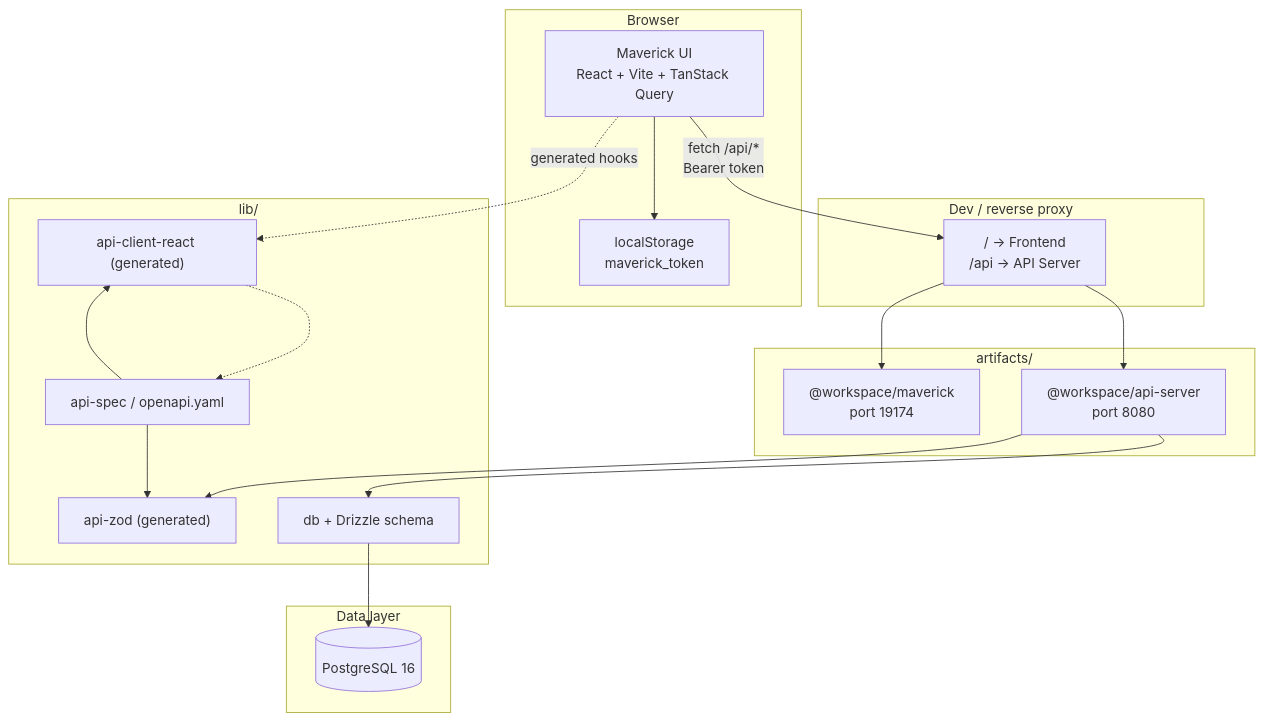
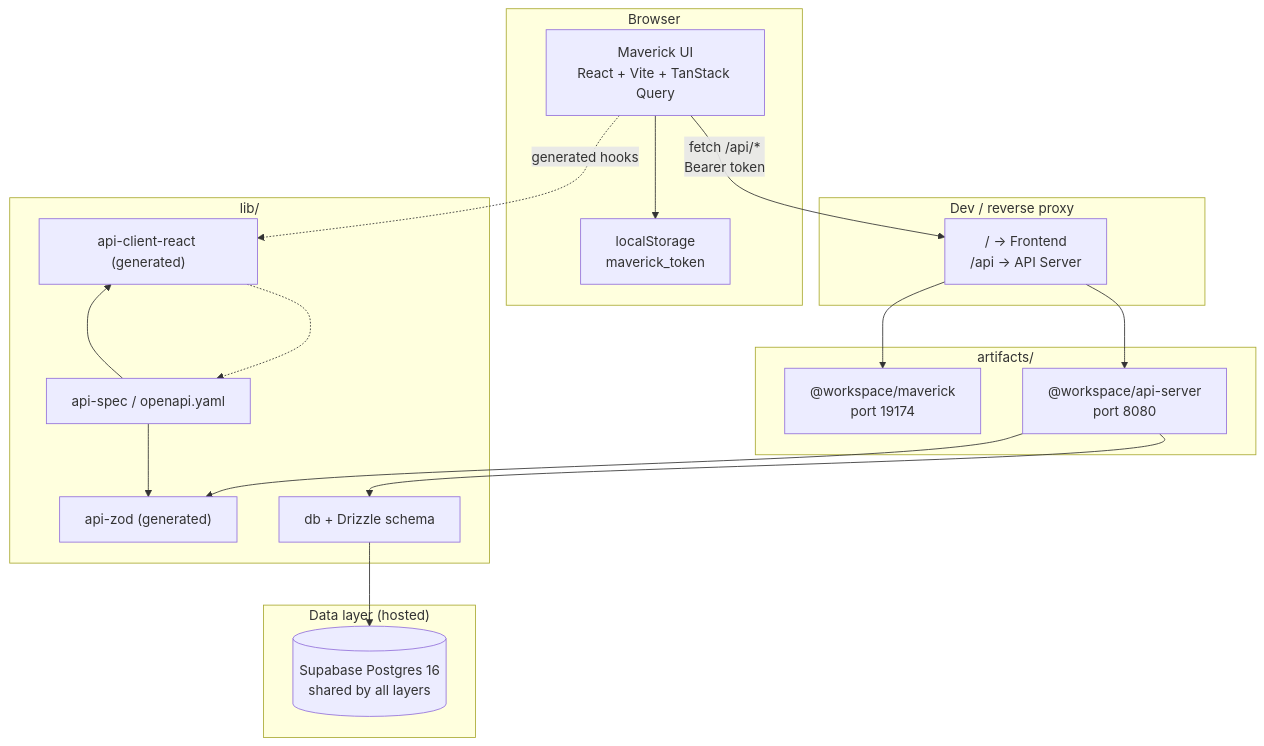
One commit to NITHISH74/Maverick-Platform-training-Management-System changed the first of 3 diagrams in README.md. Above: the diagram before and after it, drawn with Mermaid. The commit also changed other lines of this file, not shown here.

````diff
--- a/README.md
+++ b/README.md
@@ -32,39 +65,39 @@
 ```mermaid
 flowchart TB
   subgraph Client["Browser"]
     UI["Maverick UI<br/>React + Vite + TanStack Query"]
     LS["localStorage<br/>maverick_token"]
     UI --> LS
   end
 
   subgraph DevProxy["Dev / reverse proxy"]
     P["/ → Frontend<br/>/api → API Server"]
   end
 
   subgraph Artifacts["artifacts/"]
   FE["@workspace/maverick<br/>port 19174"]
   API["@workspace/api-server<br/>port 8080"]
   end
 
   subgraph Libs["lib/"]
   OAS["api-spec / openapi.yaml"]
   ZOD["api-zod (generated)"]
   RQ["api-client-react (generated)"]
   DB["db + Drizzle schema"]
   end
 
-  subgraph Data["Data layer"]
-  PG[("PostgreSQL 16")]
+  subgraph Data["Data layer (hosted)"]
+  PG[("Supabase Postgres 16<br/>shared by all layers")]
   end
 
   UI -->|"fetch /api/*<br/>Bearer token"| P
   P --> FE
   P --> API
   UI -.->|"generated hooks"| RQ
   RQ -.-> OAS
   API --> ZOD
   API --> DB
   DB --> PG
   OAS --> ZOD
   OAS --> RQ
 ```
````
